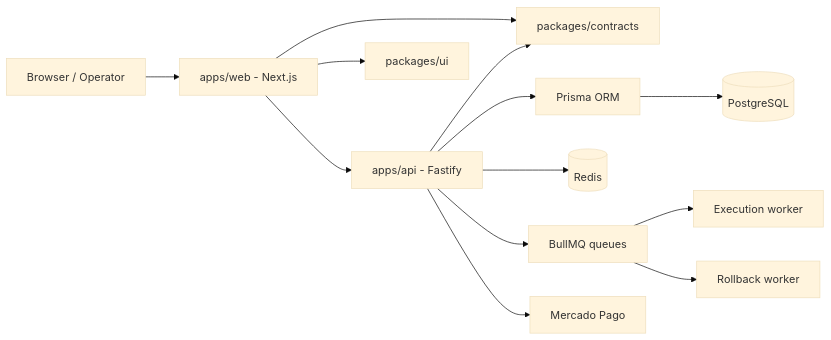
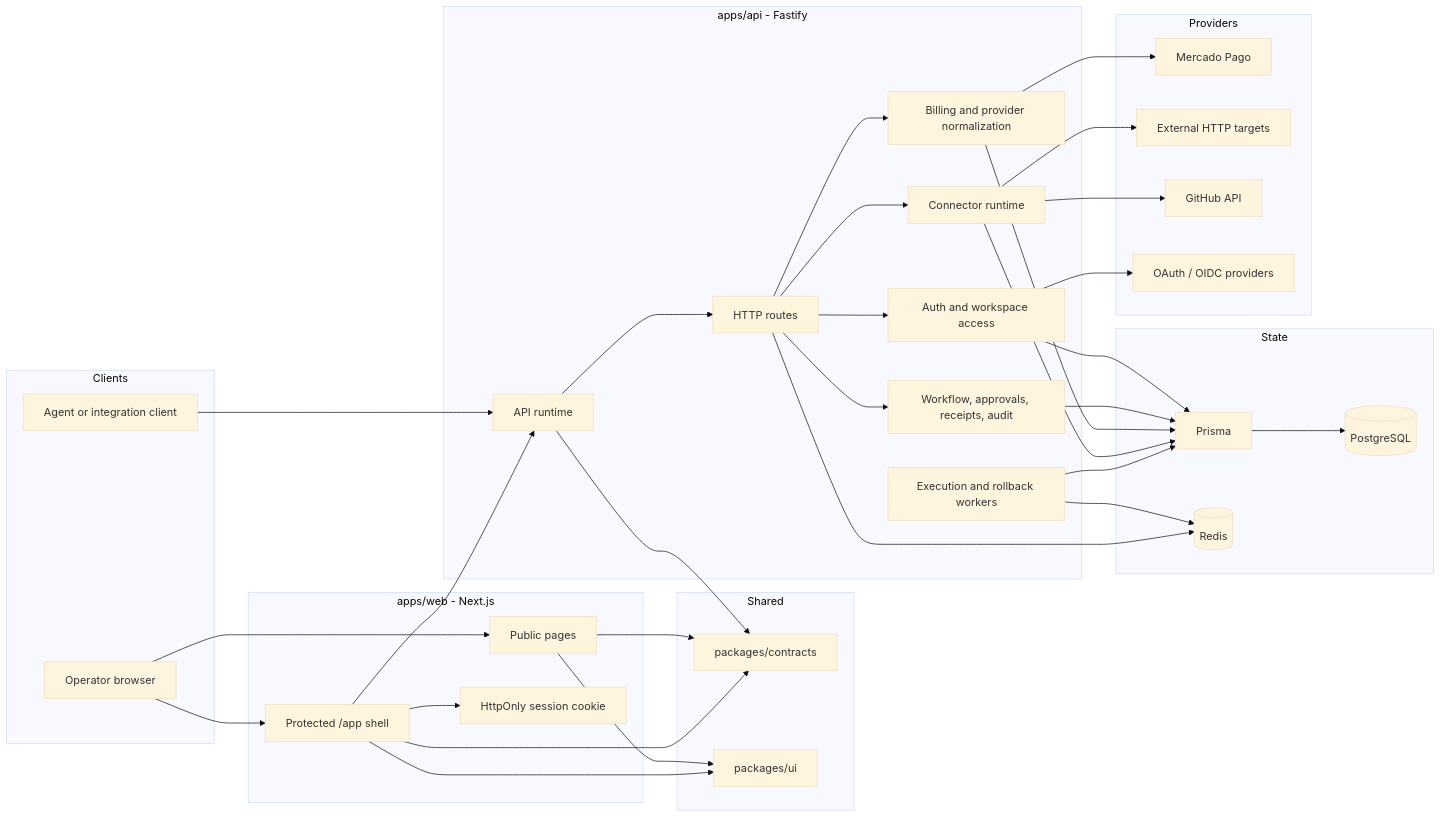
Before and after one commit to SavioCodes/VOWGRID-API: the first of 5 diagrams in docs/ARCHITECTURE.md, drawn with Mermaid (base theme). The commit also changed other lines of this file, not shown here.

Commit message:
docs(architecture): improve system maps and flow diagrams

````diff
--- a/docs/ARCHITECTURE.md
+++ b/docs/ARCHITECTURE.md
@@ -5,15 +16,69 @@
 ```mermaid
 flowchart LR
-  Browser[Browser / Operator] --> Web[apps/web - Next.js]
-  Web --> Contracts[packages/contracts]
-  Web --> API[apps/api - Fastify]
-  API --> Contracts
-  API --> Prisma[Prisma ORM]
-  Prisma --> Postgres[(PostgreSQL)]
-  API --> Redis[(Redis)]
-  API --> BullMQ[BullMQ queues]
-  BullMQ --> ExecWorker[Execution worker]
-  BullMQ --> RollbackWorker[Rollback worker]
-  API --> MercadoPago[Mercado Pago]
-  Web --> UI[packages/ui]
+  subgraph Clients
+    Browser[Operator browser]
+    Agent[Agent or integration client]
+  end
+
+  subgraph Web["apps/web - Next.js"]
+    Marketing[Public pages]
+    Dashboard[Protected /app shell]
+    Session[HttpOnly session cookie]
+  end
+
+  subgraph Shared
+    Contracts[packages/contracts]
+    UI[packages/ui]
+  end
+
+  subgraph API["apps/api - Fastify"]
+    ApiRuntime[API runtime]
+    Routes[HTTP routes]
+    Auth[Auth and workspace access]
+    Workflow[Workflow, approvals, receipts, audit]
+    Billing[Billing and provider normalization]
+    Connectors[Connector runtime]
+    Workers[Execution and rollback workers]
+  end
+
+  subgraph State
+    Prisma[Prisma]
+    Postgres[(PostgreSQL)]
+    Redis[(Redis)]
+  end
+
+  subgraph Providers
+    MP[Mercado Pago]
+    HTTP[External HTTP targets]
+    GitHub[GitHub API]
+    OIDC[OAuth / OIDC providers]
+  end
+
+  Browser --> Marketing
+  Browser --> Dashboard
+  Dashboard --> Session
+  Marketing --> UI
+  Dashboard --> UI
+  Marketing --> Contracts
+  Dashboard --> Contracts
+  Agent --> ApiRuntime
+  Dashboard --> ApiRuntime
+  ApiRuntime --> Contracts
+  ApiRuntime --> Routes
+  Routes --> Auth
+  Routes --> Workflow
+  Routes --> Billing
+  Routes --> Connectors
+  Auth --> Prisma
+  Workflow --> Prisma
+  Billing --> Prisma
+  Connectors --> Prisma
+  Workers --> Redis
+  Workers --> Prisma
+  Prisma --> Postgres
+  Routes --> Redis
+  Billing --> MP
+  Connectors --> HTTP
+  Connectors --> GitHub
+  Auth --> OIDC
 ```
````
